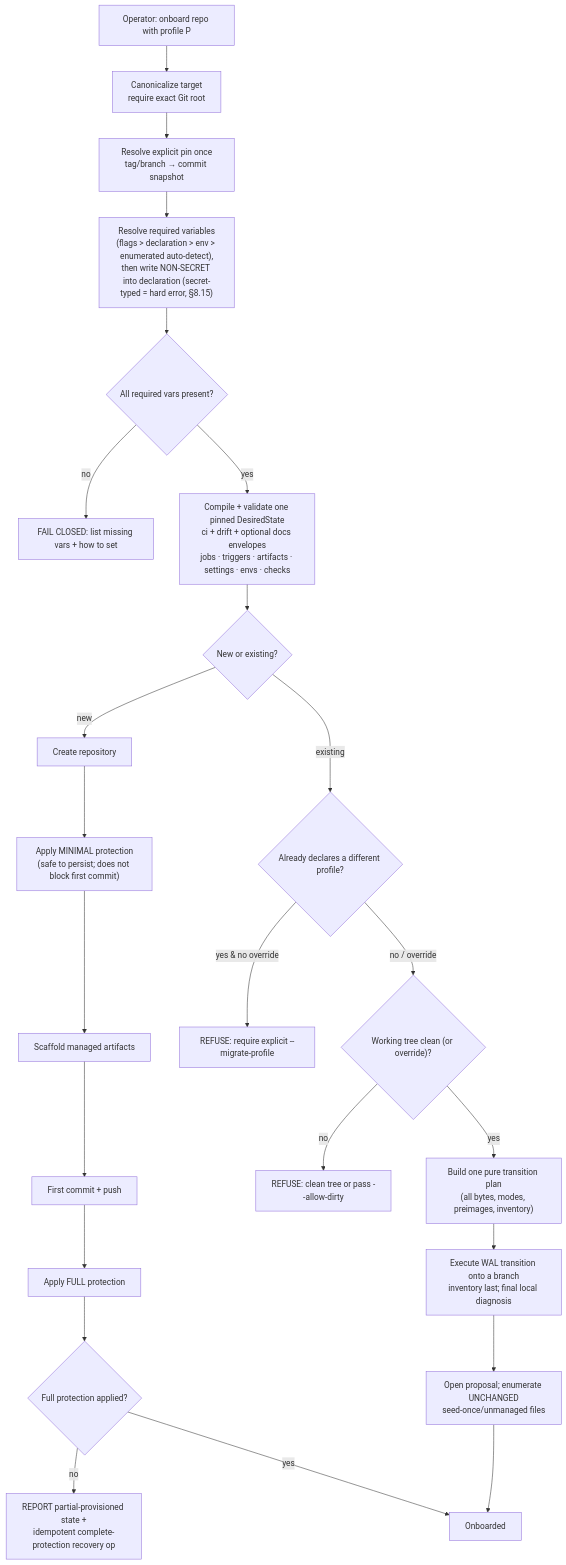
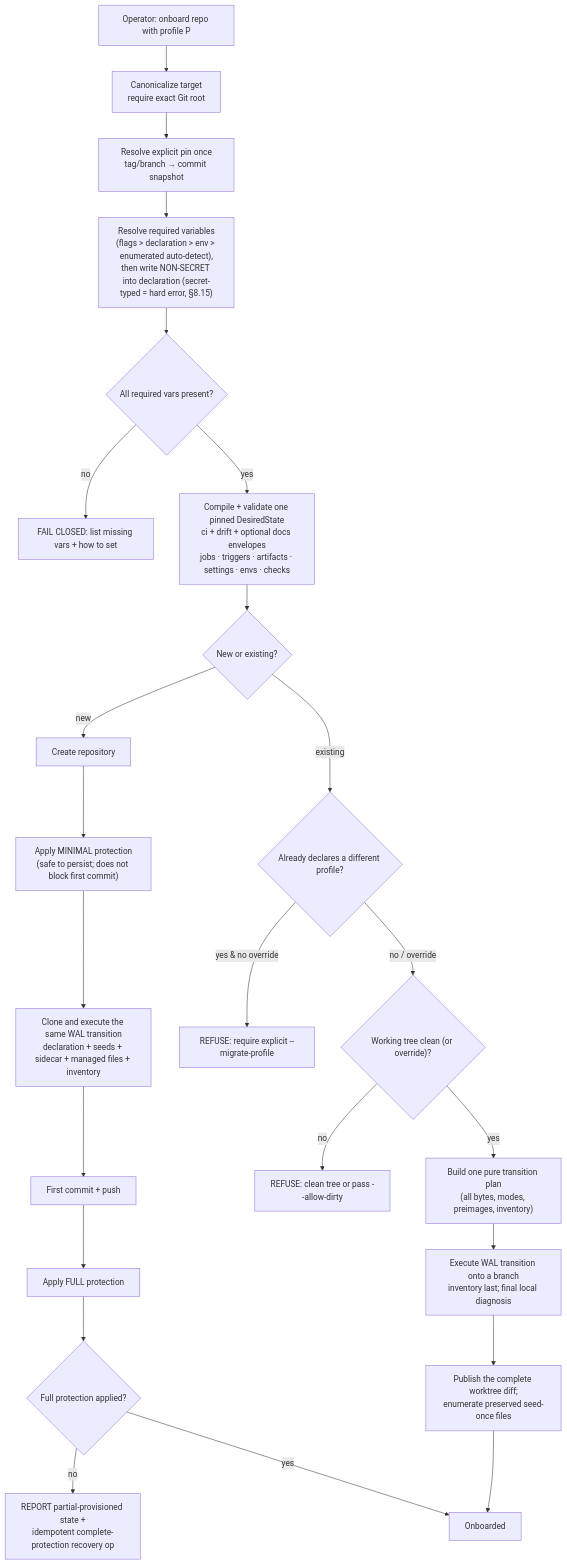
One commit to amattas/aviato changed the diagram in docs/specifications/modules/onboarding/flow.md. Above: the diagram before and after it, drawn with Mermaid. The commit also changed other lines of this file and 27 other files, not shown here.

````diff
--- a/docs/specifications/modules/onboarding/flow.md
+++ b/docs/specifications/modules/onboarding/flow.md
@@ -119,28 +137,28 @@
 ```mermaid
 flowchart TD
     Start["Operator: onboard repo with profile P"] --> Root["Canonicalize target<br/>require exact Git root"]
     Root --> Pin["Resolve explicit pin once<br/>tag/branch → commit snapshot"]
     Pin --> Vars["Resolve required variables<br/>(flags > declaration > env > enumerated auto-detect),<br/>then write NON-SECRET into declaration (secret-typed = hard error, §8.15)"]
     Vars --> V{"All required vars present?"}
     V -- no --> Vfail["FAIL CLOSED: list missing vars + how to set"]
     V -- yes --> Compile["Compile + validate one pinned DesiredState<br/>ci + drift + optional docs envelopes<br/>jobs · triggers · artifacts · settings · envs · checks"]
     Compile --> Mode{"New or existing?"}
 
     Mode -- new --> N1["Create repository"]
     N1 --> N2["Apply MINIMAL protection<br/>(safe to persist; does not block first commit)"]
-    N2 --> N3["Scaffold managed artifacts"]
+    N2 --> N3["Clone and execute the same WAL transition<br/>declaration + seeds + sidecar + managed files + inventory"]
     N3 --> N4["First commit + push"]
     N4 --> N5["Apply FULL protection"]
     N5 --> N6{"Full protection applied?"}
     N6 -- no --> N7["REPORT partial-provisioned state +<br/>idempotent complete-protection recovery op"]
     N6 -- yes --> Done["Onboarded"]
 
     Mode -- existing --> E0{"Already declares a different profile?"}
     E0 -- "yes & no override" --> Emig["REFUSE: require explicit --migrate-profile"]
     E0 -- "no / override" --> E1{"Working tree clean (or override)?"}
     E1 -- no --> Edirty["REFUSE: clean tree or pass --allow-dirty"]
     E1 -- yes --> E2["Build one pure transition plan<br/>(all bytes, modes, preimages, inventory)"]
     E2 --> E3["Execute WAL transition onto a branch<br/>inventory last; final local diagnosis"]
-    E3 --> E4["Open proposal; enumerate UNCHANGED<br/>seed-once/unmanaged files"]
+    E3 --> E4["Publish the complete worktree diff;<br/>enumerate preserved seed-once files"]
     E4 --> Done
 ```
````
